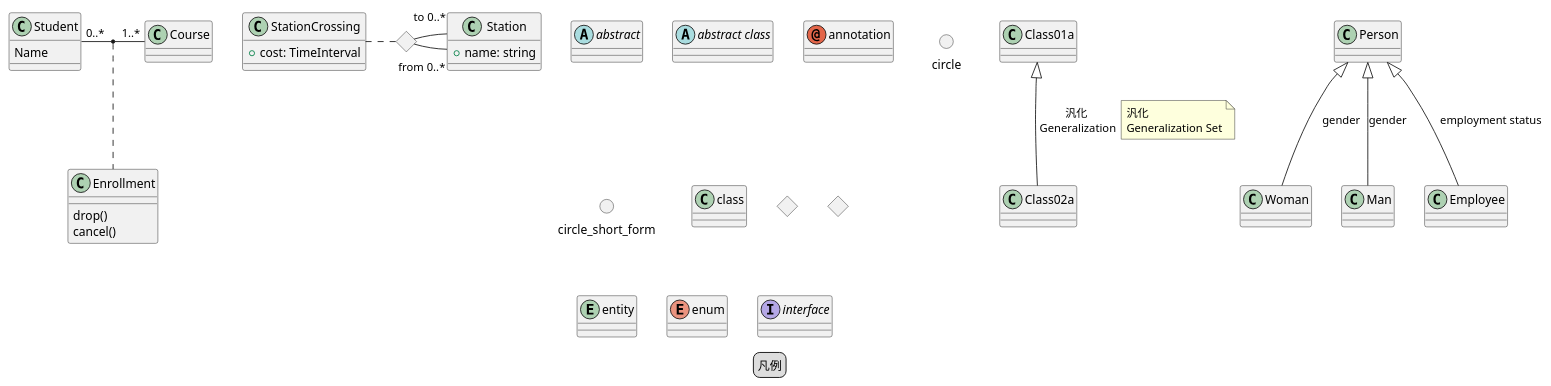
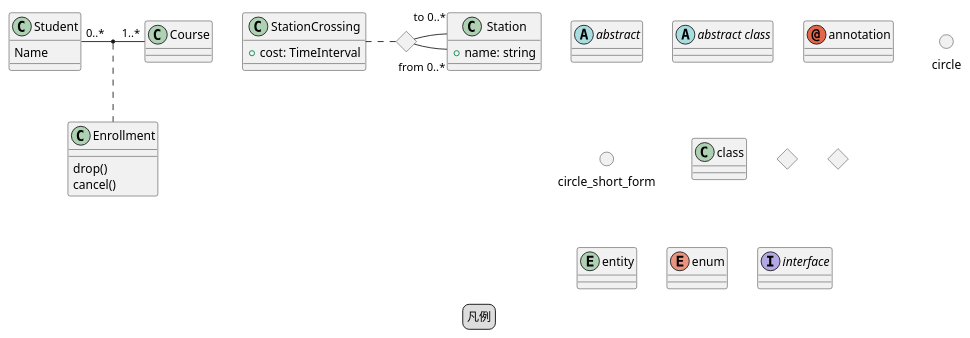
Before and after one commit to peregrin8alde/learn-ossdb-gold: the diagram in site/content/ja/docs/Appendix/uml/class/puml/legend/classe-legends.puml, drawn with PlantUML. The commit also changed 4 other files, not shown here.

```diff
--- a/site/content/ja/docs/Appendix/uml/class/puml/legend/classe-legends.puml
+++ b/site/content/ja/docs/Appendix/uml/class/puml/legend/classe-legends.puml
@@ -1,61 +1,51 @@
 @startuml
 /'
 コメント
 '/
 legend
 凡例
 endlegend
 
 abstract "abstract"
 abstract class "abstract class"
 annotation "annotation"
 circle "circle"
 () "circle_short_form"
 class "class"
 diamond diamond
 <> diamond_short_form
 entity "entity"
 enum "enum"
 interface "interface"
-
-"Class01a" <|-- "Class02a" : "汎化\n Generalization"
-note right on link
-汎化
-Generalization Set
-end note
-
-"Person" <|-- "Woman" : "gender"
-"Person" <|-- "Man" : "gender"
-"Person" <|-- "Employee" : "employment status"
 
 
 /'
 関連クラス
 '/
 class Student {
   Name
 }
 Student "0..*" - "1..*" Course
   (Student, Course) .. Enrollment
   class Enrollment {
   drop()
   cancel()
 }
 
 /'
 複数関連
 '/
 class Station {
   +name: string
 }
 class StationCrossing {
   +cost: TimeInterval
 }
 <> diamond1
 StationCrossing . diamond1
 diamond1 - "from 0..*" Station
 diamond1 - "to 0..* " Station
 
 
 
 @enduml
```
